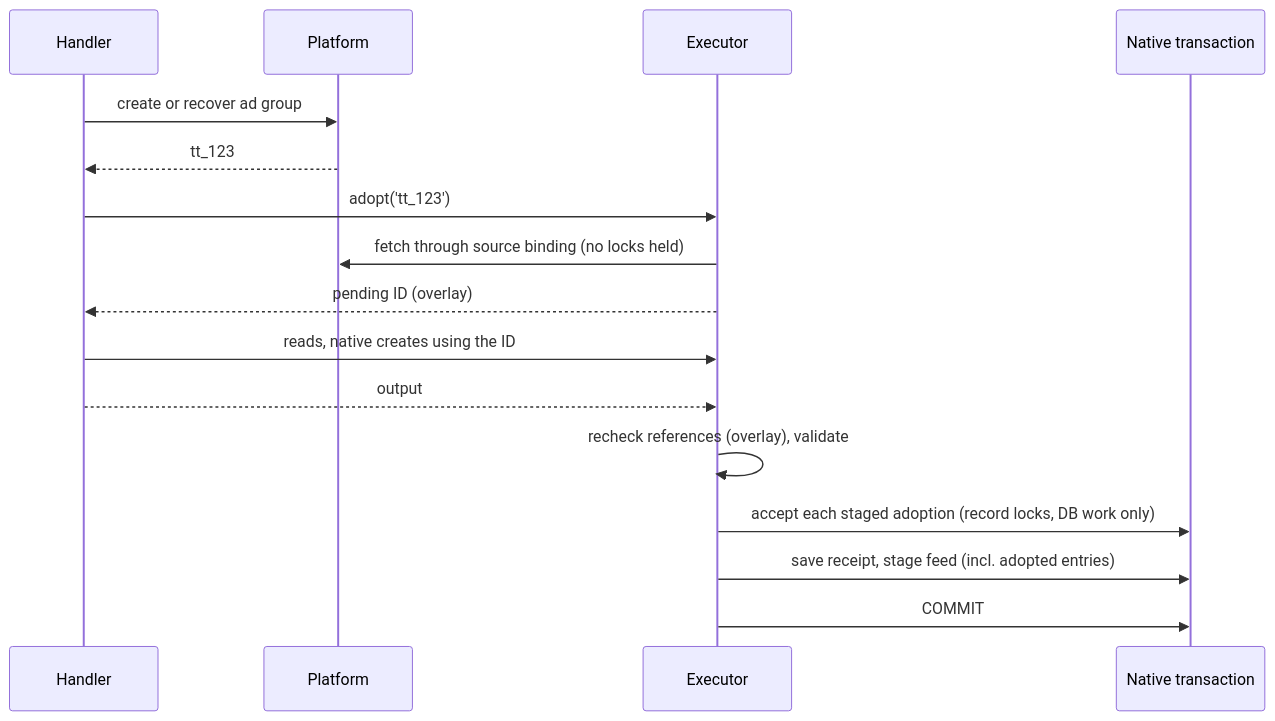
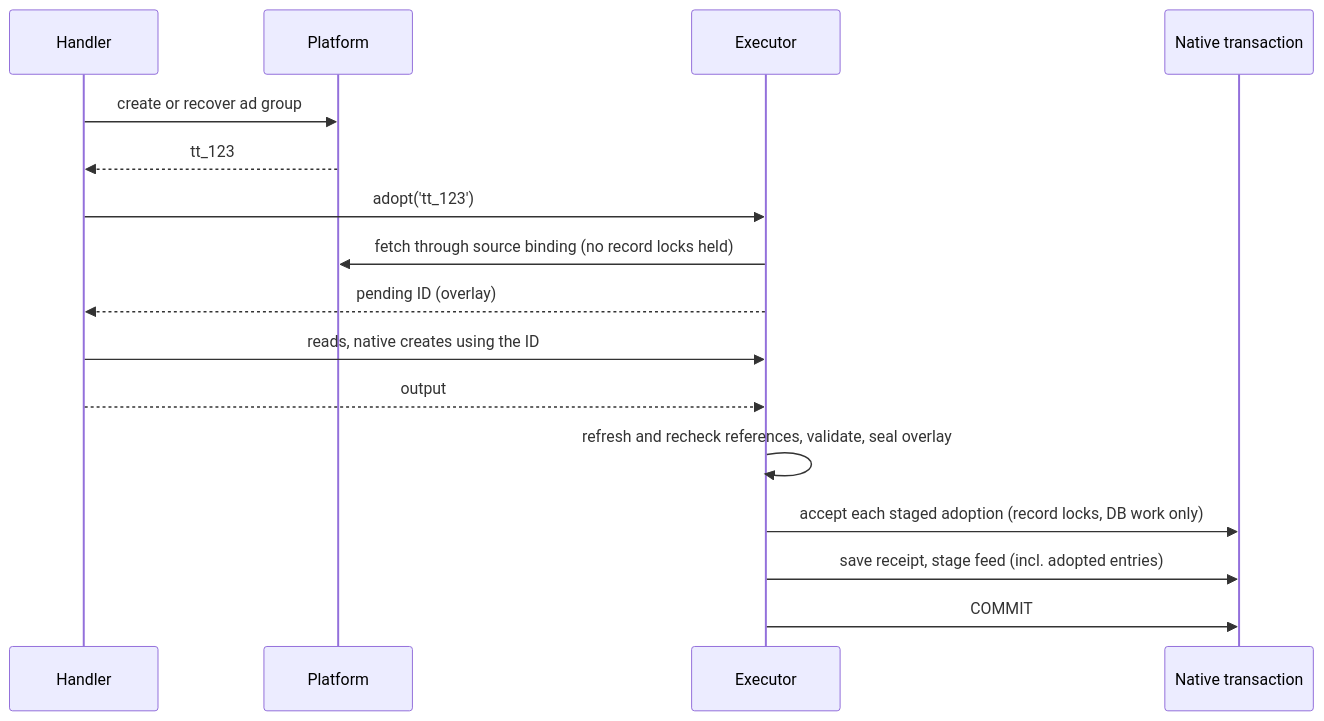
Before and after one commit to relatehq/relate: the second of 2 diagrams in specs/2026-10-28-action-adoption.md, drawn with Mermaid. The commit also changed other lines of this file, not shown here.

````diff
--- a/specs/2026-10-28-action-adoption.md
+++ b/specs/2026-10-28-action-adoption.md
@@ -286,18 +432,18 @@
 ```mermaid
 sequenceDiagram
   participant H as Handler
   participant P as Platform
   participant X as Executor
   participant T as Native transaction
   H->>P: create or recover ad group
   P-->>H: tt_123
   H->>X: adopt('tt_123')
-  X->>P: fetch through source binding (no locks held)
+  X->>P: fetch through source binding (no record locks held)
   X-->>H: pending ID (overlay)
   H->>X: reads, native creates using the ID
   H-->>X: output
-  X->>X: recheck references (overlay), validate
+  X->>X: refresh and recheck references, validate, seal overlay
   X->>T: accept each staged adoption (record locks, DB work only)
   X->>T: save receipt, stage feed (incl. adopted entries)
   X->>T: COMMIT
 ```
````
